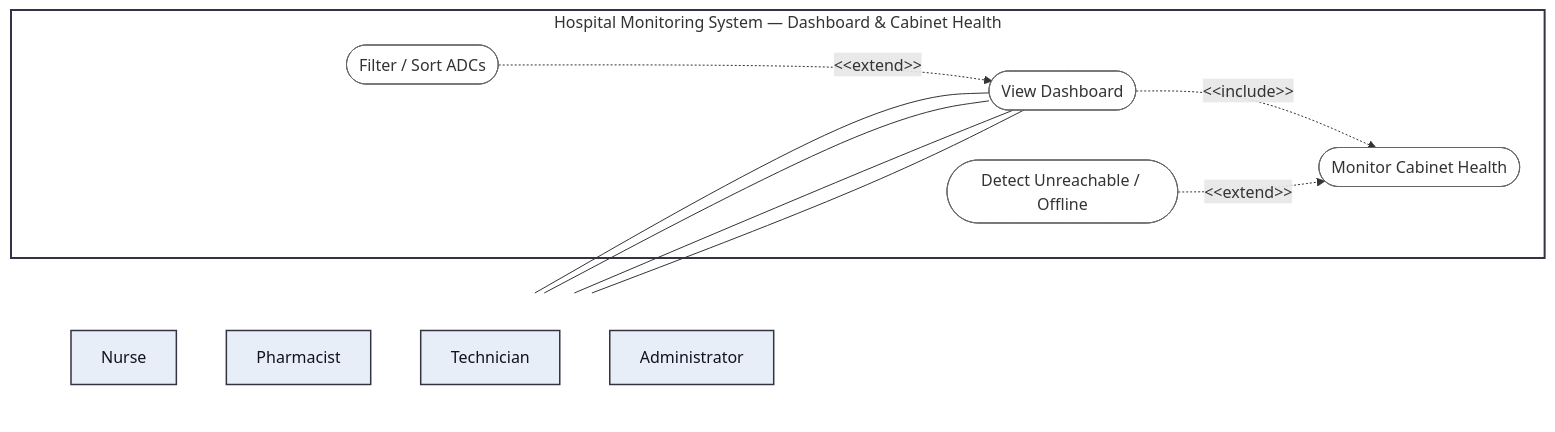
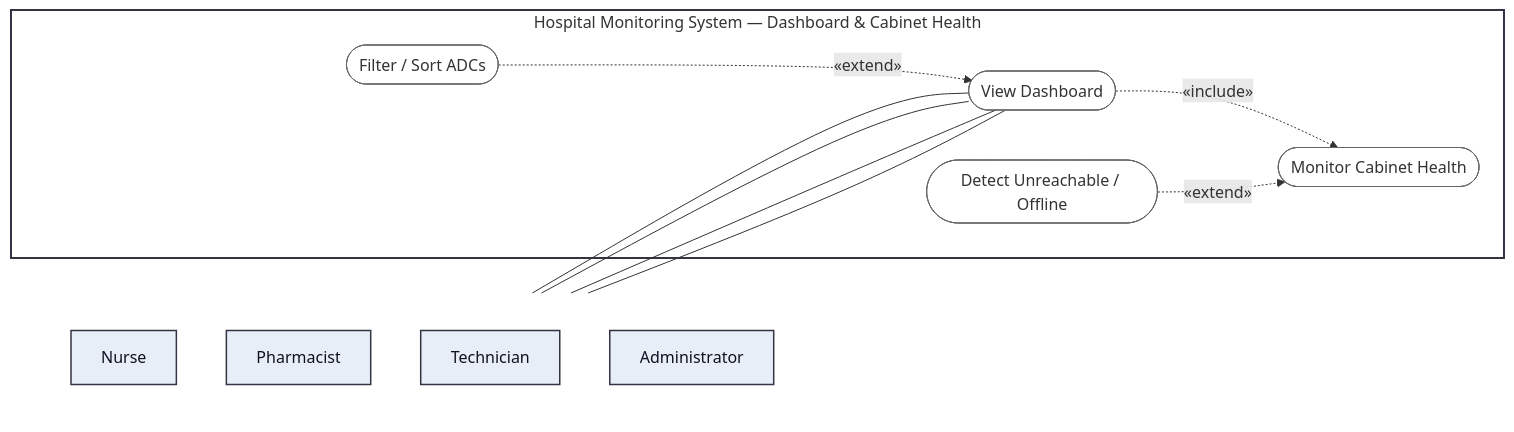
Before and after one commit to LukaMrt/3K04-project: the third of 6 diagrams in docs/part-b/diagrams/use-case-diagram.md, drawn with Mermaid. The commit also changed other lines of this file, not shown here.

````diff
--- a/docs/part-b/diagrams/use-case-diagram.md
+++ b/docs/part-b/diagrams/use-case-diagram.md
@@ -113,33 +113,33 @@
 ```mermaid
 flowchart LR
     subgraph Actors[" "]
         direction TB
         Nurse["Nurse"]
         Pharmacist["Pharmacist"]
         Technician["Technician"]
         Admin["Administrator"]
     end
 
     subgraph MS["Hospital Monitoring System — Dashboard & Cabinet Health"]
         ViewDash(["View Dashboard"])
         FilterSort(["Filter / Sort ADCs"])
         MonitorHealth(["Monitor Cabinet Health"])
         DetectOffline(["Detect Unreachable / Offline"])
     end
 
     Nurse --- ViewDash
     Pharmacist --- ViewDash
     Technician --- ViewDash
     Admin --- ViewDash
 
-    ViewDash -. "&lt;&lt;include&gt;&gt;" .-> MonitorHealth
-    FilterSort -. "&lt;&lt;extend&gt;&gt;" .-> ViewDash
-    DetectOffline -. "&lt;&lt;extend&gt;&gt;" .-> MonitorHealth
+    ViewDash -. "«include»" .-> MonitorHealth
+    FilterSort -. "«extend»" .-> ViewDash
+    DetectOffline -. "«extend»" .-> MonitorHealth
 
     classDef actor fill:#e8eef7,stroke:#334,stroke-width:1.5px,color:#112;
     classDef usecase fill:#fff,stroke:#666,stroke-width:1px;
     class Nurse,Pharmacist,Technician,Admin actor;
     class ViewDash,FilterSort,MonitorHealth,DetectOffline usecase;
     style Actors fill:none,stroke:none;
     style MS fill:none,stroke:#334,stroke-width:2px;
 ```
````
